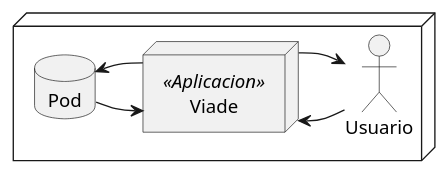
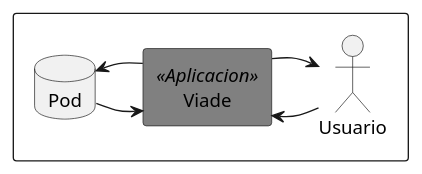
Before and after one commit to Arquisoft/viade_es1a: the first of 3 diagrams in src/docs/05_building_block_view.adoc, drawn with PlantUML. The commit also changed other lines of this file and 4 other files, not shown here.

Commit message:
Añadidos nuevos diagramas

```diff
--- a/src/docs/05_building_block_view.adoc
+++ b/src/docs/05_building_block_view.adoc
@@ -8,15 +8,19 @@
 [plantuml,Primer nivel,png]
 ----
 @startuml
-node {
+rectangle {
 actor Usuario
-node Viade <<Aplicacion>> as Viade
+rectangle Viade <<Aplicacion>> as Viade
 database Pod
+skinparam rectangle{
+  backgroundColor White
+ backgroundColor<<Aplicacion>> Grey
+  }
 
 Usuario ->  Viade
 Viade ->  Usuario
 Pod -> Viade
 Viade  -right-> Pod
 }
 @enduml
 ----
```
